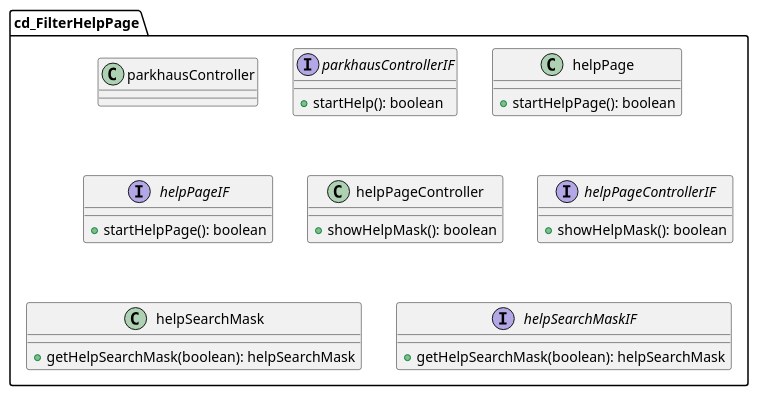
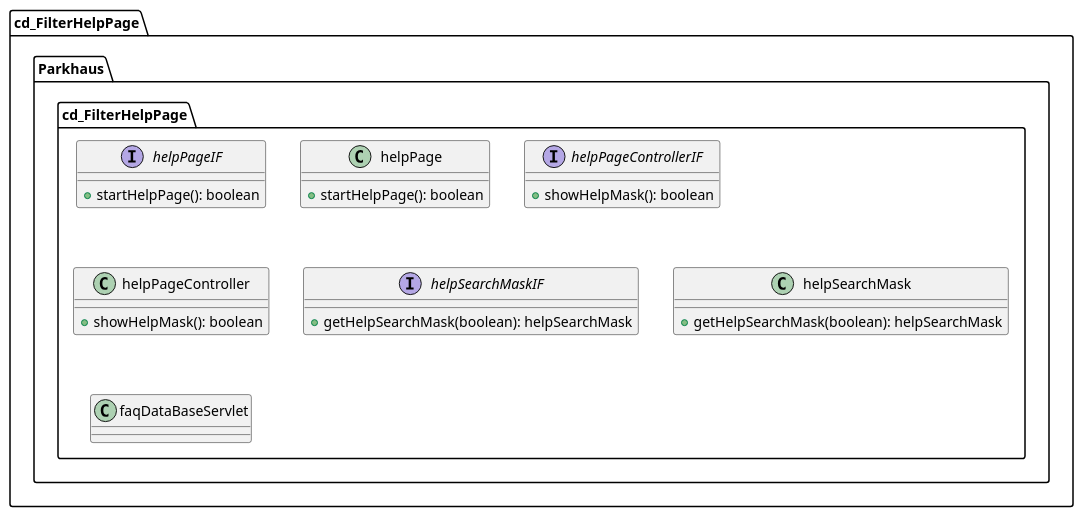
Before and after one commit to 1nbetw33n/Parkhaus_new: the diagram in src/main/team_space/exercise5/cd_FilterHelpPage.puml, drawn with PlantUML. The commit also changed 1 other file, not shown here.

Commit message:
Changed faqDatabase from database -> entity. Added missing connections.

```diff
--- a/src/main/team_space/exercise5/cd_FilterHelpPage.puml
+++ b/src/main/team_space/exercise5/cd_FilterHelpPage.puml
@@ -1,42 +1,46 @@
 @startuml
 'https://plantuml.com/class-diagram
 
 package cd_FilterHelpPage {
 
-    class parkhausController {
+    package Parkhaus {
+
+        package cd_FilterHelpPage {
+
+
+             interface helpPageIF {
+                 + startHelpPage(): boolean
+             }
+
+             class helpPage {
+                 + startHelpPage(): boolean
+             }
+
+
+             interface helpPageControllerIF {
+                 + showHelpMask(): boolean
+             }
+
+             class helpPageController {
+                 + showHelpMask(): boolean
+             }
+
+
+             interface helpSearchMaskIF {
+                 + getHelpSearchMask(boolean): helpSearchMask
+                 'Up to debate and change Lukas 21.05.21
+             }
+
+             class helpSearchMask {
+                 + getHelpSearchMask(boolean): helpSearchMask
+             }
+
+
+             class faqDataBaseServlet
+
+
+         }
 
     }
 
-    interface parkhausControllerIF {
-        + startHelp(): boolean
-    }
-
-    class helpPage {
-        + startHelpPage(): boolean
-    }
-
-    interface helpPageIF {
-        + startHelpPage(): boolean
-    }
-
-    class helpPageController {
-        + showHelpMask(): boolean
-    }
-
-    interface helpPageControllerIF {
-        + showHelpMask(): boolean
-    }
-
-    class helpSearchMask {
-        + getHelpSearchMask(boolean): helpSearchMask
-    }
-
-    interface helpSearchMaskIF {
-        + getHelpSearchMask(boolean): helpSearchMask
-        'Up to debate and change Lukas 21.05.21
-
-    }
-
-}
-
 @enduml
```
